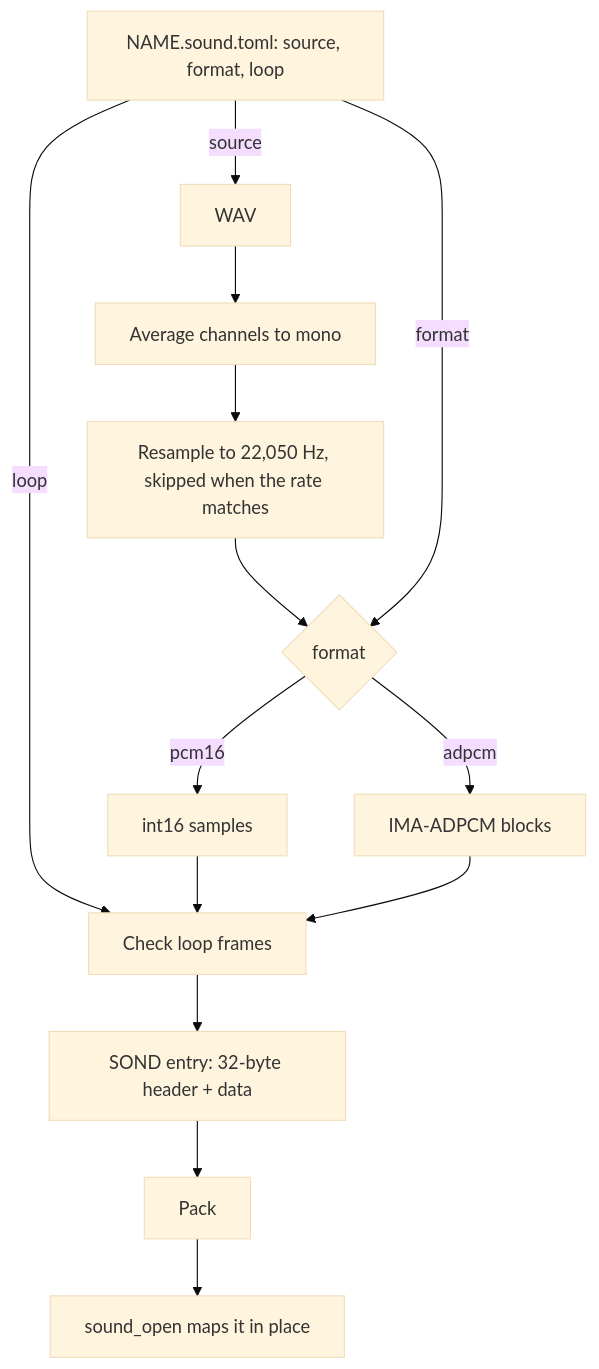
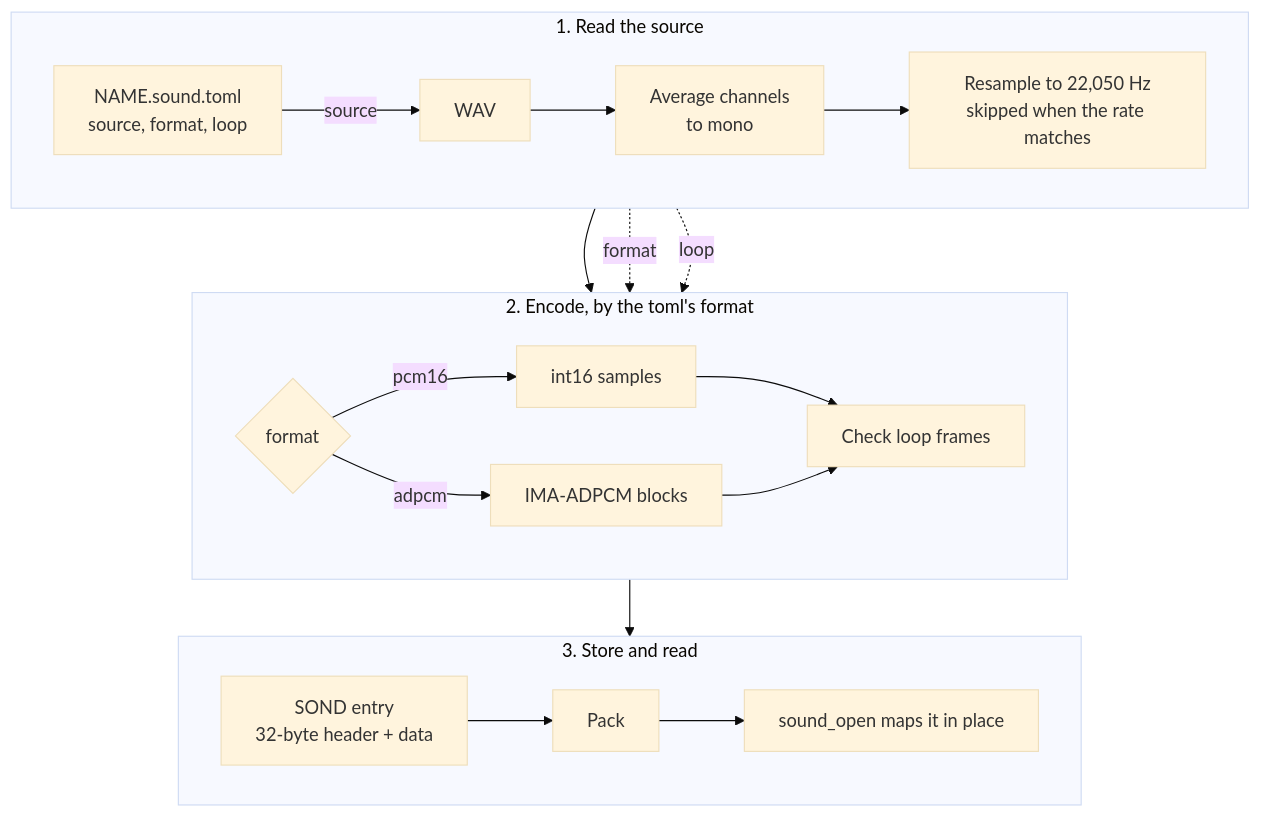
The diagram in docs/audio/Sound-Assets.md (jose-villegas/autana), drawn with Mermaid (base theme) before and after one commit.

Commit message:
docs: lay the sound bake flow out in three left-to-right rows (autana-cvt.4)
The bake-flow diagram was a single tall column; it is now three stages
(read the source, encode, store and read), each a horizontal row.

````diff
--- a/docs/audio/Sound-Assets.md
+++ b/docs/audio/Sound-Assets.md
@@ -71,16 +71,25 @@
 ```mermaid
-flowchart TD
-    T["NAME.sound.toml: source, format, loop"] -->|source| W[WAV]
-    W --> M[Average channels to mono]
-    M --> R[Resample to 22,050 Hz, skipped when the rate matches]
-    R --> F{format}
-    T -->|format| F
-    F -->|pcm16| P[int16 samples]
-    F -->|adpcm| A[IMA-ADPCM blocks]
-    T -->|loop| L[Check loop frames]
-    P --> L
-    A --> L
-    L --> S[SOND entry: 32-byte header + data]
-    S --> K[Pack]
-    K --> O[sound_open maps it in place]
+flowchart TB
+    subgraph Source["1. Read the source"]
+        direction LR
+        T["NAME.sound.toml<br/>source, format, loop"] -->|source| W[WAV]
+        W --> M[Average channels<br/>to mono]
+        M --> R["Resample to 22,050 Hz<br/>skipped when the rate matches"]
+    end
+    subgraph Encode["2. Encode, by the toml's format"]
+        direction LR
+        F{format} -->|pcm16| P[int16 samples]
+        F -->|adpcm| A[IMA-ADPCM blocks]
+        P --> L[Check loop frames]
+        A --> L
+    end
+    subgraph Use["3. Store and read"]
+        direction LR
+        S["SOND entry<br/>32-byte header + data"] --> K[Pack]
+        K --> O[sound_open maps it in place]
+    end
+    R --> F
+    T -.->|format| F
+    T -.->|loop| L
+    L --> S
 ```
````
